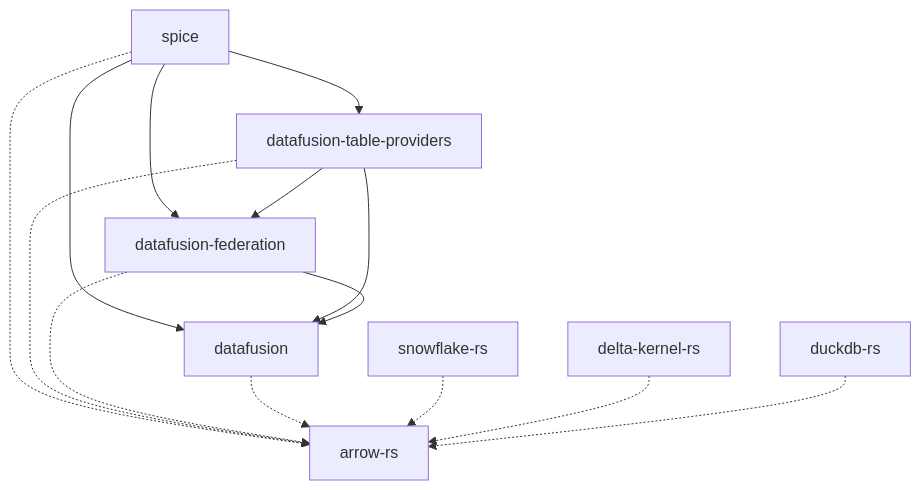
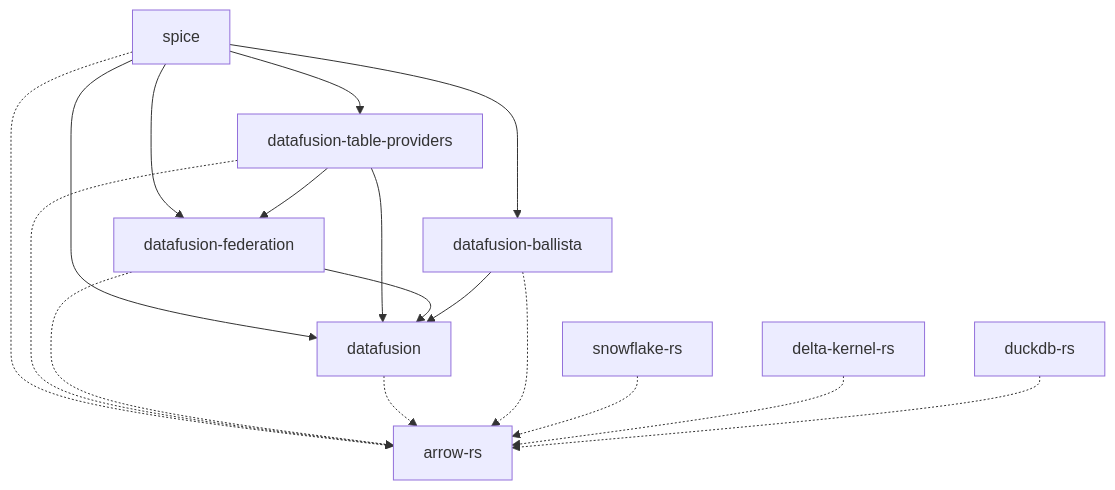
The diagram in .github/ISSUE_TEMPLATE/datafusion_upgrade.md (spiceai/spiceai), drawn with Mermaid before and after one commit. The commit also changed other lines of this file, not shown here.

Commit message:
update upgrade template to include ballista

````diff
--- a/.github/ISSUE_TEMPLATE/datafusion_upgrade.md
+++ b/.github/ISSUE_TEMPLATE/datafusion_upgrade.md
@@ -11,20 +11,24 @@
 ```mermaid
 graph TD
     A[spice] --> B[datafusion-table-providers]
     A --> C[datafusion-federation]
     A --> D[datafusion]
+    A --> I[datafusion-ballista]
     A -.-> E[arrow-rs]
 
     B --> C
     B --> D
     B -.-> E
 
     C --> D
     C -.-> E
 
     D -.-> E
 
+    I --> D
+    I -.-> E
+
     F[snowflake-rs] -.-> E
     G[delta-kernel-rs] -.-> E
     H[duckdb-rs] -.-> E
 ```
````
